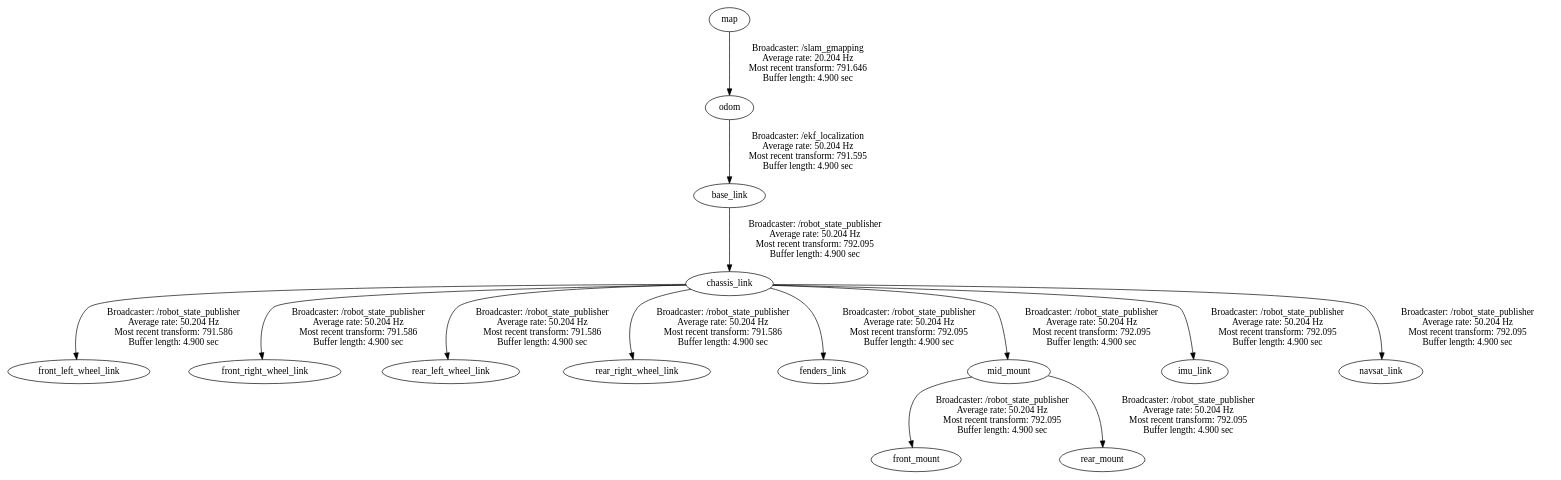
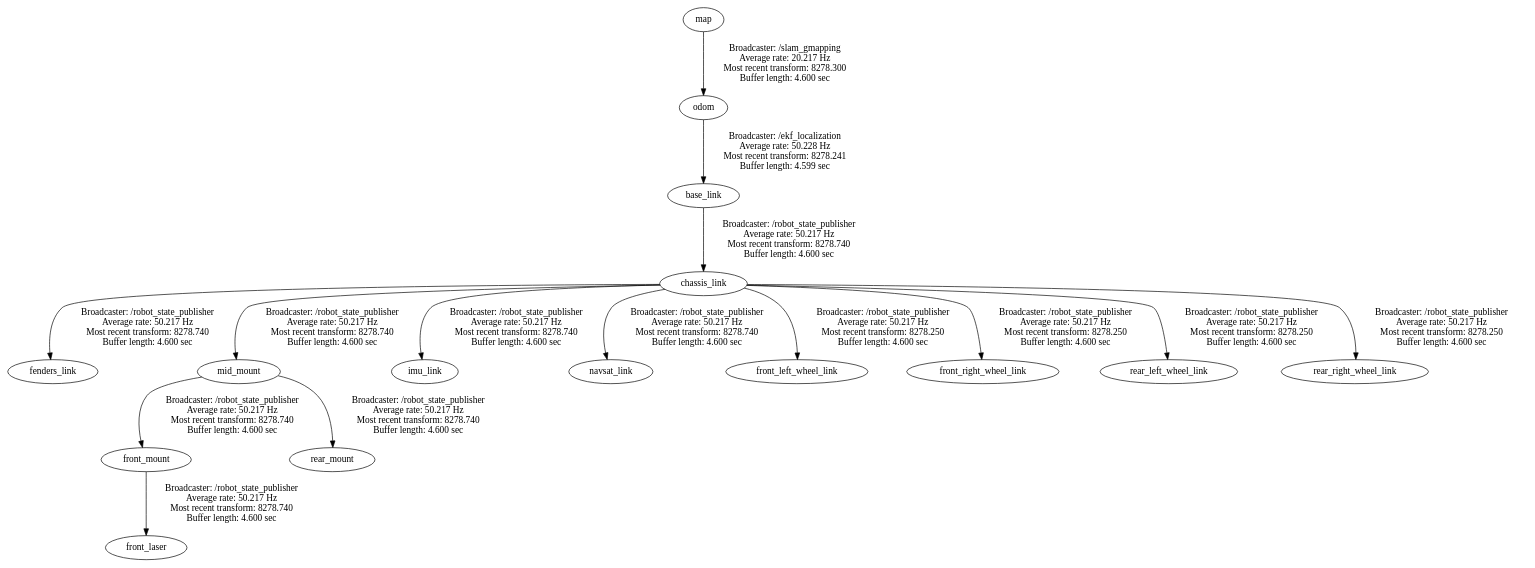
One commit to LiliMeng/coverage_2d changed the diagram in config/frames.gv. Above: the diagram before and after it, drawn with Graphviz. The commit also changed 16 other files, not shown here.

```diff
--- a/config/frames.gv
+++ b/config/frames.gv
@@ -1,15 +1,16 @@
 digraph G {
-"chassis_link" -> "front_left_wheel_link"[label="Broadcaster: /robot_state_publisher\nAverage rate: 50.204 Hz\nMost recent transform: 791.586 \nBuffer length: 4.900 sec\n"];
-"base_link" -> "chassis_link"[label="Broadcaster: /robot_state_publisher\nAverage rate: 50.204 Hz\nMost recent transform: 792.095 \nBuffer length: 4.900 sec\n"];
-"chassis_link" -> "front_right_wheel_link"[label="Broadcaster: /robot_state_publisher\nAverage rate: 50.204 Hz\nMost recent transform: 791.586 \nBuffer length: 4.900 sec\n"];
-"chassis_link" -> "rear_left_wheel_link"[label="Broadcaster: /robot_state_publisher\nAverage rate: 50.204 Hz\nMost recent transform: 791.586 \nBuffer length: 4.900 sec\n"];
-"chassis_link" -> "rear_right_wheel_link"[label="Broadcaster: /robot_state_publisher\nAverage rate: 50.204 Hz\nMost recent transform: 791.586 \nBuffer length: 4.900 sec\n"];
-"odom" -> "base_link"[label="Broadcaster: /ekf_localization\nAverage rate: 50.204 Hz\nMost recent transform: 791.595 \nBuffer length: 4.900 sec\n"];
-"map" -> "odom"[label="Broadcaster: /slam_gmapping\nAverage rate: 20.204 Hz\nMost recent transform: 791.646 \nBuffer length: 4.900 sec\n"];
-"chassis_link" -> "fenders_link"[label="Broadcaster: /robot_state_publisher\nAverage rate: 50.204 Hz\nMost recent transform: 792.095 \nBuffer length: 4.900 sec\n"];
-"mid_mount" -> "front_mount"[label="Broadcaster: /robot_state_publisher\nAverage rate: 50.204 Hz\nMost recent transform: 792.095 \nBuffer length: 4.900 sec\n"];
-"chassis_link" -> "mid_mount"[label="Broadcaster: /robot_state_publisher\nAverage rate: 50.204 Hz\nMost recent transform: 792.095 \nBuffer length: 4.900 sec\n"];
-"chassis_link" -> "imu_link"[label="Broadcaster: /robot_state_publisher\nAverage rate: 50.204 Hz\nMost recent transform: 792.095 \nBuffer length: 4.900 sec\n"];
-"chassis_link" -> "navsat_link"[label="Broadcaster: /robot_state_publisher\nAverage rate: 50.204 Hz\nMost recent transform: 792.095 \nBuffer length: 4.900 sec\n"];
-"mid_mount" -> "rear_mount"[label="Broadcaster: /robot_state_publisher\nAverage rate: 50.204 Hz\nMost recent transform: 792.095 \nBuffer length: 4.900 sec\n"];
+"base_link" -> "chassis_link"[label="Broadcaster: /robot_state_publisher\nAverage rate: 50.217 Hz\nMost recent transform: 8278.740 \nBuffer length: 4.600 sec\n"];
+"odom" -> "base_link"[label="Broadcaster: /ekf_localization\nAverage rate: 50.228 Hz\nMost recent transform: 8278.241 \nBuffer length: 4.599 sec\n"];
+"chassis_link" -> "fenders_link"[label="Broadcaster: /robot_state_publisher\nAverage rate: 50.217 Hz\nMost recent transform: 8278.740 \nBuffer length: 4.600 sec\n"];
+"front_mount" -> "front_laser"[label="Broadcaster: /robot_state_publisher\nAverage rate: 50.217 Hz\nMost recent transform: 8278.740 \nBuffer length: 4.600 sec\n"];
+"mid_mount" -> "front_mount"[label="Broadcaster: /robot_state_publisher\nAverage rate: 50.217 Hz\nMost recent transform: 8278.740 \nBuffer length: 4.600 sec\n"];
+"chassis_link" -> "mid_mount"[label="Broadcaster: /robot_state_publisher\nAverage rate: 50.217 Hz\nMost recent transform: 8278.740 \nBuffer length: 4.600 sec\n"];
+"chassis_link" -> "imu_link"[label="Broadcaster: /robot_state_publisher\nAverage rate: 50.217 Hz\nMost recent transform: 8278.740 \nBuffer length: 4.600 sec\n"];
+"chassis_link" -> "navsat_link"[label="Broadcaster: /robot_state_publisher\nAverage rate: 50.217 Hz\nMost recent transform: 8278.740 \nBuffer length: 4.600 sec\n"];
+"mid_mount" -> "rear_mount"[label="Broadcaster: /robot_state_publisher\nAverage rate: 50.217 Hz\nMost recent transform: 8278.740 \nBuffer length: 4.600 sec\n"];
+"map" -> "odom"[label="Broadcaster: /slam_gmapping\nAverage rate: 20.217 Hz\nMost recent transform: 8278.300 \nBuffer length: 4.600 sec\n"];
+"chassis_link" -> "front_left_wheel_link"[label="Broadcaster: /robot_state_publisher\nAverage rate: 50.217 Hz\nMost recent transform: 8278.250 \nBuffer length: 4.600 sec\n"];
+"chassis_link" -> "front_right_wheel_link"[label="Broadcaster: /robot_state_publisher\nAverage rate: 50.217 Hz\nMost recent transform: 8278.250 \nBuffer length: 4.600 sec\n"];
+"chassis_link" -> "rear_left_wheel_link"[label="Broadcaster: /robot_state_publisher\nAverage rate: 50.217 Hz\nMost recent transform: 8278.250 \nBuffer length: 4.600 sec\n"];
+"chassis_link" -> "rear_right_wheel_link"[label="Broadcaster: /robot_state_publisher\nAverage rate: 50.217 Hz\nMost recent transform: 8278.250 \nBuffer length: 4.600 sec\n"];
 }
```
